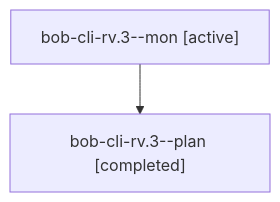
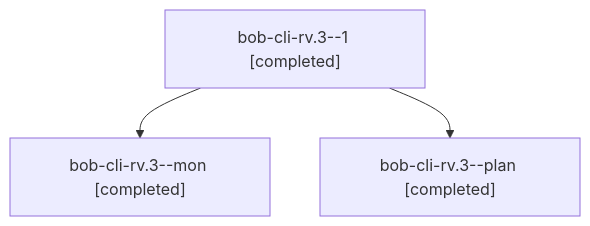
Before and after one commit to bobs-org/bob-cli--agents: the diagram in sessions/bbugyi200.athena.bob-cli-rv.3.md, drawn with Mermaid. The commit also changed other lines of this file and 46 other files, not shown here.

````diff
--- a/sessions/bbugyi200.athena.bob-cli-rv.3.md
+++ b/sessions/bbugyi200.athena.bob-cli-rv.3.md
@@ -9,6 +9,8 @@
 ```mermaid
 flowchart TD
-  n0["bob-cli-rv.3--mon [active]"]
-  n1["bob-cli-rv.3--plan [completed]"]
+  n0["bob-cli-rv.3--1 [completed]"]
+  n1["bob-cli-rv.3--mon [completed]"]
   n0 --> n1
+  n2["bob-cli-rv.3--plan [completed]"]
+  n0 --> n2
 ```
````
